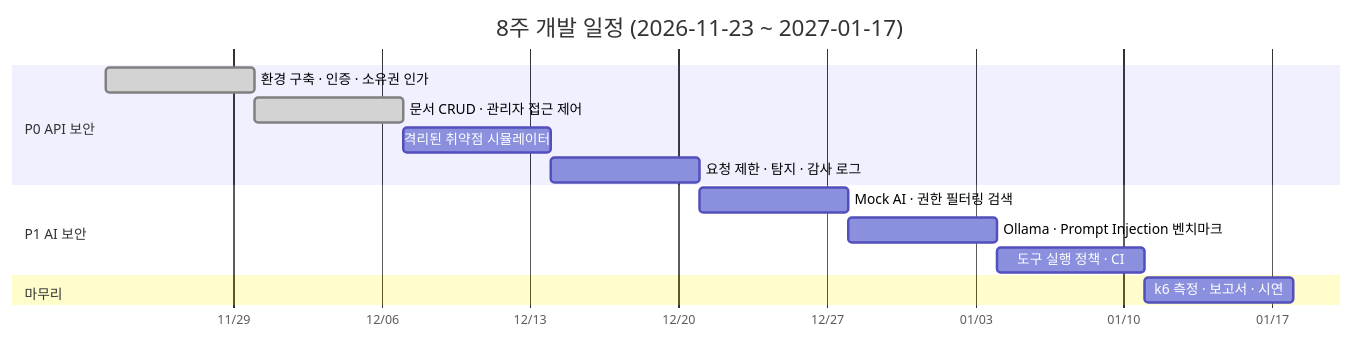
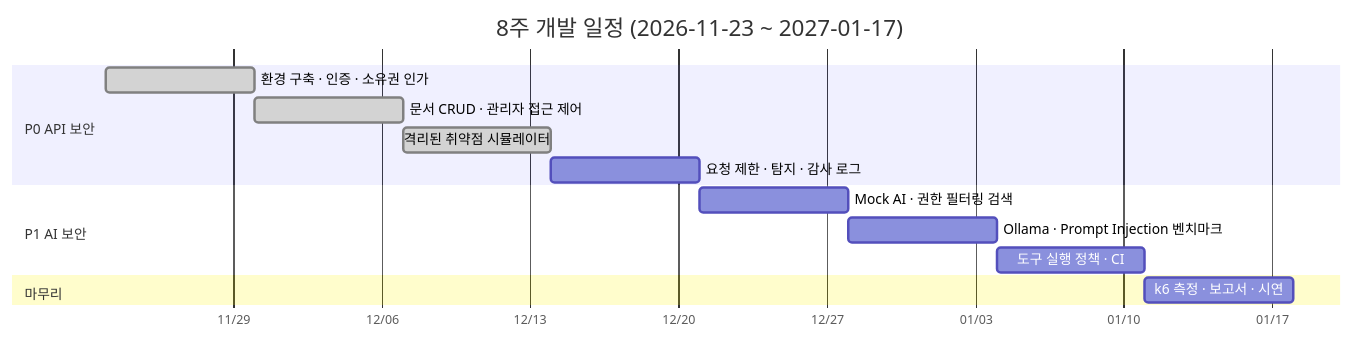
The second of 2 diagrams in README.md (Ohhaeseo/securelab-ai), drawn with Mermaid before and after one commit. The commit also changed other lines of this file and 6 other files, not shown here.

````diff
--- a/README.md
+++ b/README.md
@@ -182,17 +196,17 @@
 ```mermaid
 gantt
   title 8주 개발 일정 (2026-11-23 ~ 2027-01-17)
   dateFormat YYYY-MM-DD
   axisFormat %m/%d
   section P0 API 보안
   환경 구축 · 인증 · 소유권 인가   :done, w1, 2026-11-23, 7d
   문서 CRUD · 관리자 접근 제어     :done, w2, after w1, 7d
-  격리된 취약점 시뮬레이터          :w3, after w2, 7d
+  격리된 취약점 시뮬레이터          :done, w3, after w2, 7d
   요청 제한 · 탐지 · 감사 로그      :w4, after w3, 7d
   section P1 AI 보안
   Mock AI · 권한 필터링 검색       :w5, after w4, 7d
   Ollama · Prompt Injection 벤치마크 :w6, after w5, 7d
   도구 실행 정책 · CI              :w7, after w6, 7d
   section 마무리
   k6 측정 · 보고서 · 시연          :w8, after w7, 7d
 ```
````
